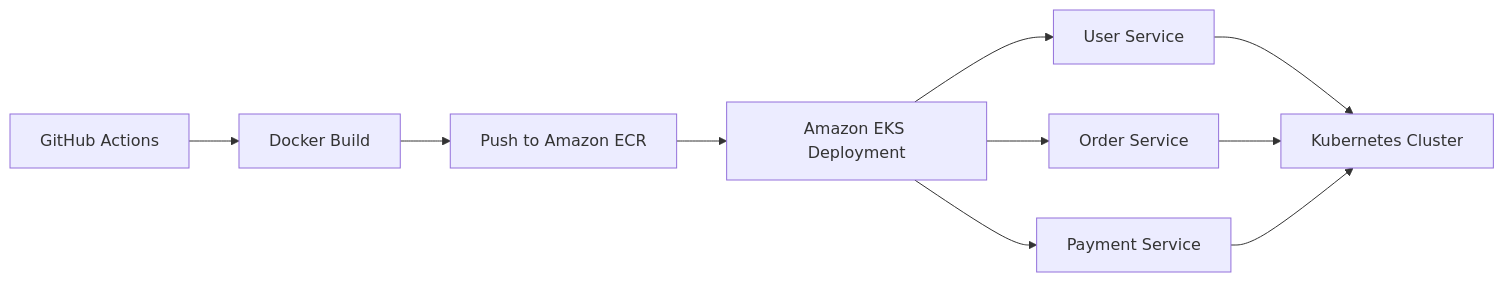
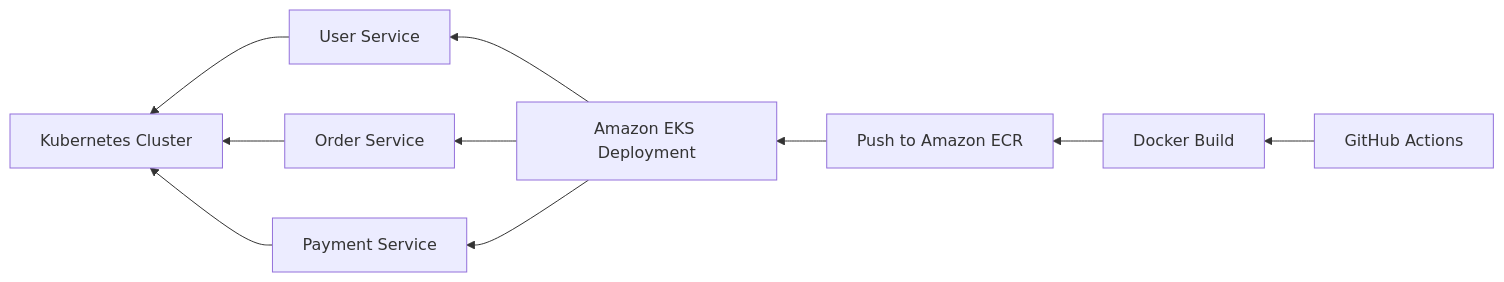
The diagram in README.md (UcheOfiani-CloudProjects/microservices-project), drawn with Mermaid before and after one commit.

````diff
--- a/README.md
+++ b/README.md
@@ -15,12 +15,12 @@
 ```mermaid
-graph LR
+graph RL
     A[GitHub Actions] --> B[Docker Build]
     B --> C[Push to Amazon ECR]
     C --> D[Amazon EKS Deployment]
     D --> E[User Service]
     D --> F[Order Service]
     D --> G[Payment Service]
     E --> H[Kubernetes Cluster]
     F --> H[Kubernetes Cluster]
     G --> H[Kubernetes Cluster]
 ```
````
